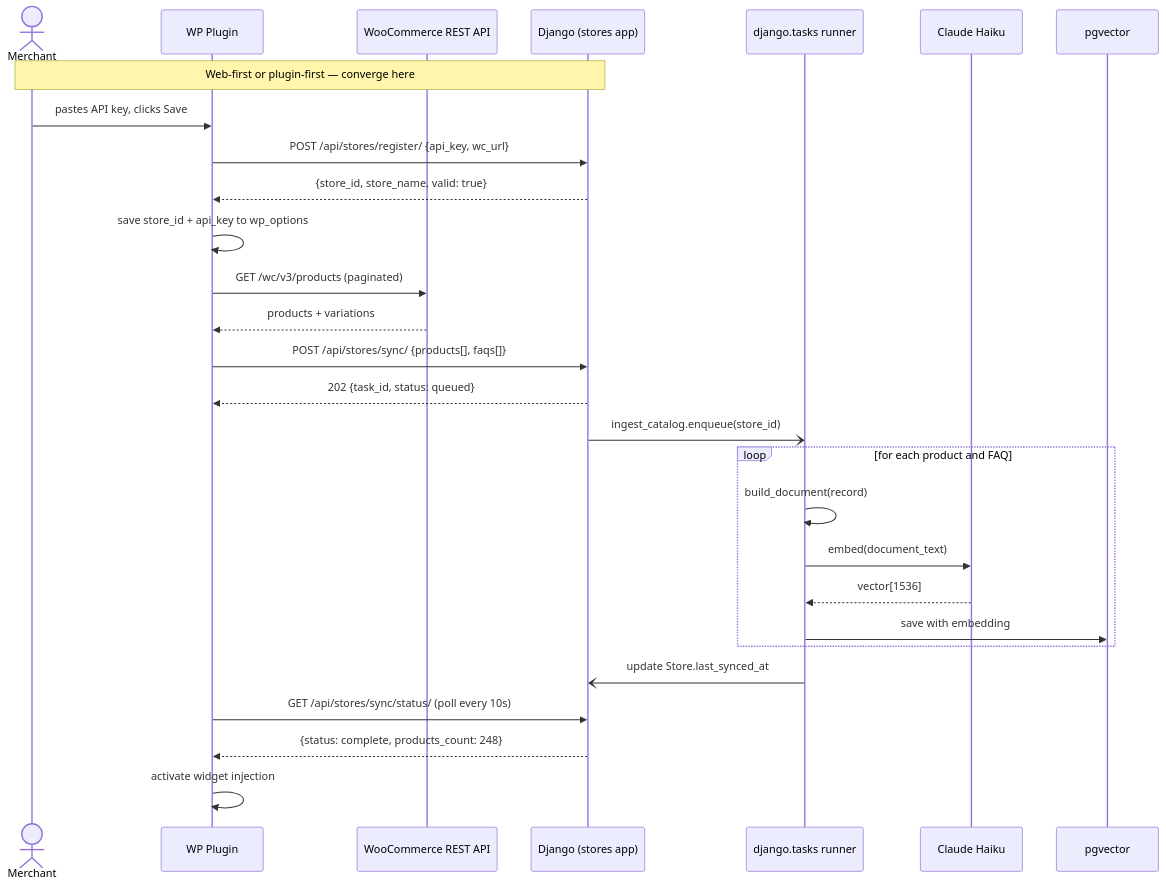
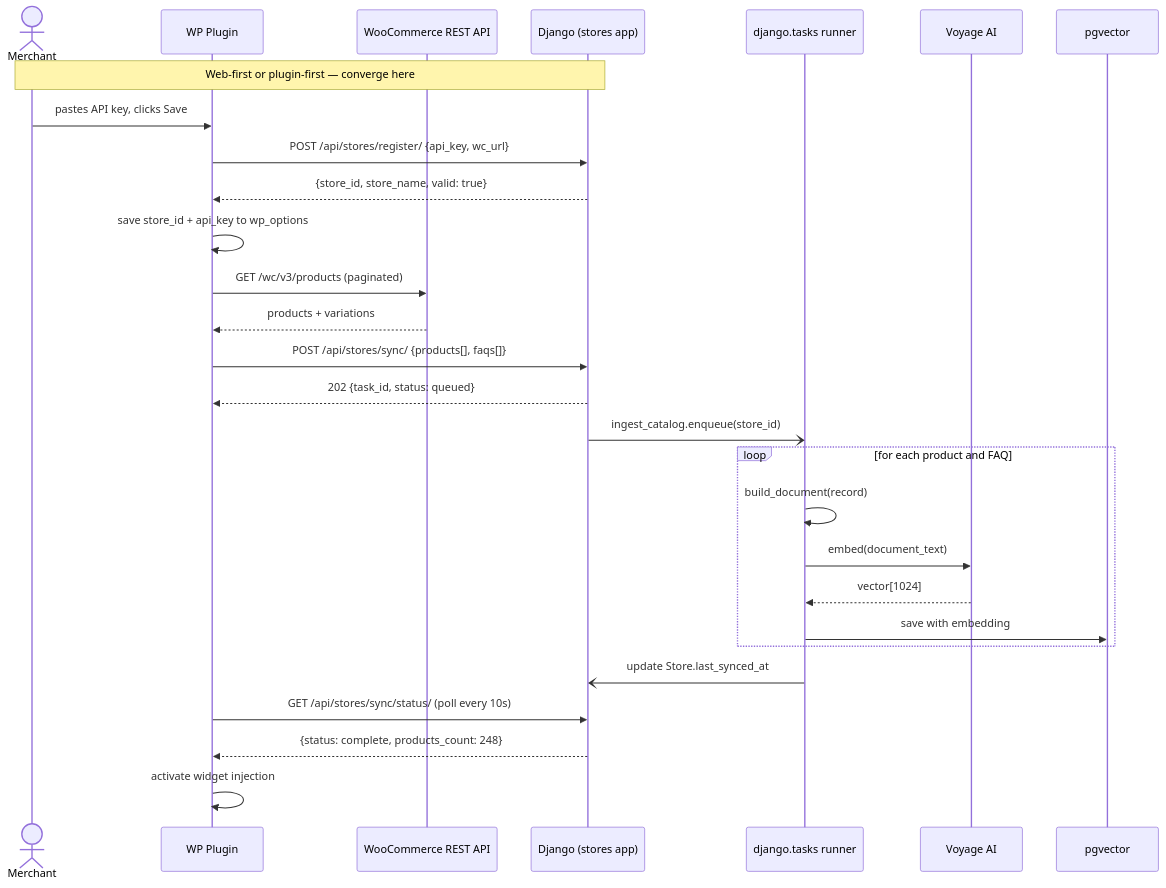
One commit to aji-pratama/woocs changed the fourth of 6 diagrams in _docs/PRD.md. Above: the diagram before and after it, drawn with Mermaid. The commit also changed other lines of this file and 26 other files, not shown here.

````diff
--- a/_docs/PRD.md
+++ b/_docs/PRD.md
@@ -1396,35 +1396,35 @@
 ```mermaid
 sequenceDiagram
   actor Merchant
   participant WP as WP Plugin
   participant WC as WooCommerce REST API
   participant Django as Django (stores app)
   participant Worker as django.tasks runner
-  participant Haiku as Claude Haiku
+  participant Voyage as Voyage AI
   participant PG as pgvector
 
   Note over Merchant,Django: Web-first or plugin-first — converge here
 
   Merchant->>WP: pastes API key, clicks Save
   WP->>Django: POST /api/stores/register/ {api_key, wc_url}
   Django-->>WP: {store_id, store_name, valid: true}
   WP->>WP: save store_id + api_key to wp_options
 
   WP->>WC: GET /wc/v3/products (paginated)
   WC-->>WP: products + variations
   WP->>Django: POST /api/stores/sync/ {products[], faqs[]}
   Django-->>WP: 202 {task_id, status: queued}
   Django-)Worker: ingest_catalog.enqueue(store_id)
 
   loop for each product and FAQ
     Worker->>Worker: build_document(record)
-    Worker->>Haiku: embed(document_text)
-    Haiku-->>Worker: vector[1536]
+    Worker->>Voyage: embed(document_text)
+    Voyage-->>Worker: vector[1024]
     Worker->>PG: save with embedding
   end
 
   Worker-)Django: update Store.last_synced_at
   WP->>Django: GET /api/stores/sync/status/ (poll every 10s)
   Django-->>WP: {status: complete, products_count: 248}
   WP->>WP: activate widget injection
 ```
````
